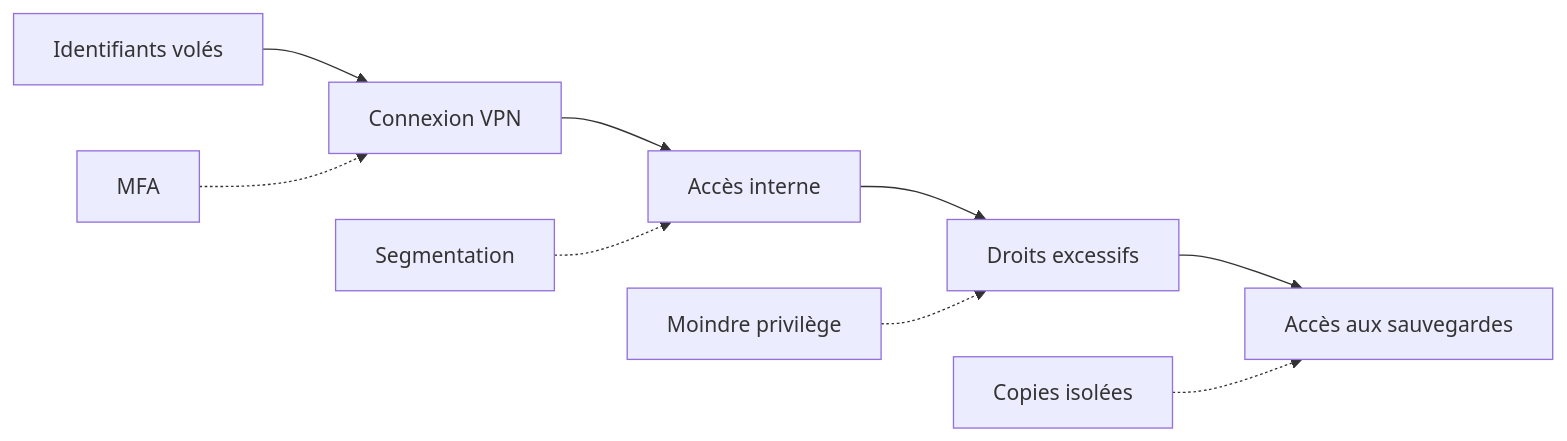
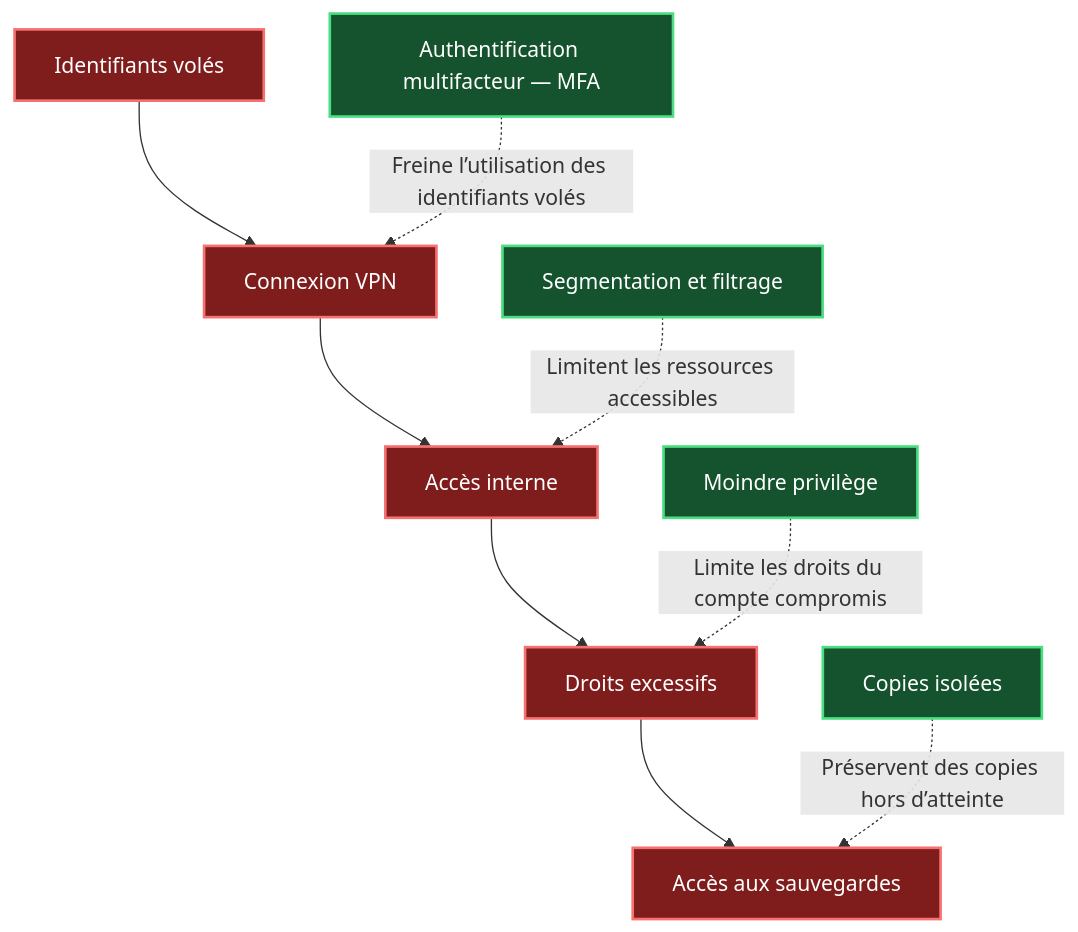
Before and after one commit to lmeryFulbert/SportLudique2026-2027: the fifth of 5 diagrams in docs/03-cybersecurite/00-cybersecurite.md, drawn with Mermaid. The commit also changed other lines of this file and 3 other files, not shown here.

Commit message:
adaptation schema mermaid

````diff
--- a/docs/03-cybersecurite/00-cybersecurite.md
+++ b/docs/03-cybersecurite/00-cybersecurite.md
@@ -223,11 +242,18 @@
 ```mermaid
-flowchart LR
-    A[Identifiants volés] --> B[Connexion VPN]
-    B --> C[Accès interne]
-    C --> D[Droits excessifs]
-    D --> E[Accès aux sauvegardes]
-    M[MFA] -.-> B
-    S[Segmentation] -.-> C
-    P[Moindre privilège] -.-> D
-    I[Copies isolées] -.-> E
+flowchart TB
+    A["Identifiants volés"] --> B["Connexion VPN"]
+    B --> C["Accès interne"]
+    C --> D["Droits excessifs"]
+    D --> E["Accès aux sauvegardes"]
+
+    M["Authentification multifacteur — MFA"] -.->|"Freine l’utilisation des identifiants volés"| B
+    S["Segmentation et filtrage"] -.->|"Limitent les ressources accessibles"| C
+    P["Moindre privilège"] -.->|"Limite les droits du compte compromis"| D
+    I["Copies isolées"] -.->|"Préservent des copies hors d’atteinte"| E
+
+    classDef attaque fill:#7f1d1d,stroke:#f87171,color:#ffffff,stroke-width:2px
+    classDef protection fill:#14532d,stroke:#4ade80,color:#ffffff,stroke-width:2px
+
+    class A,B,C,D,E attaque
+    class M,S,P,I protection
 ```
````
